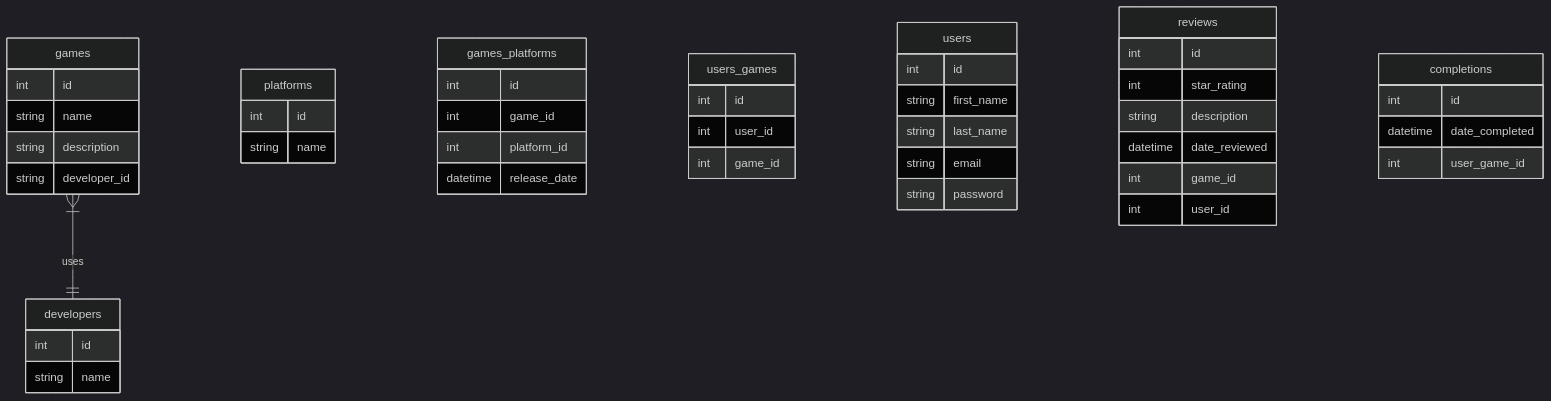
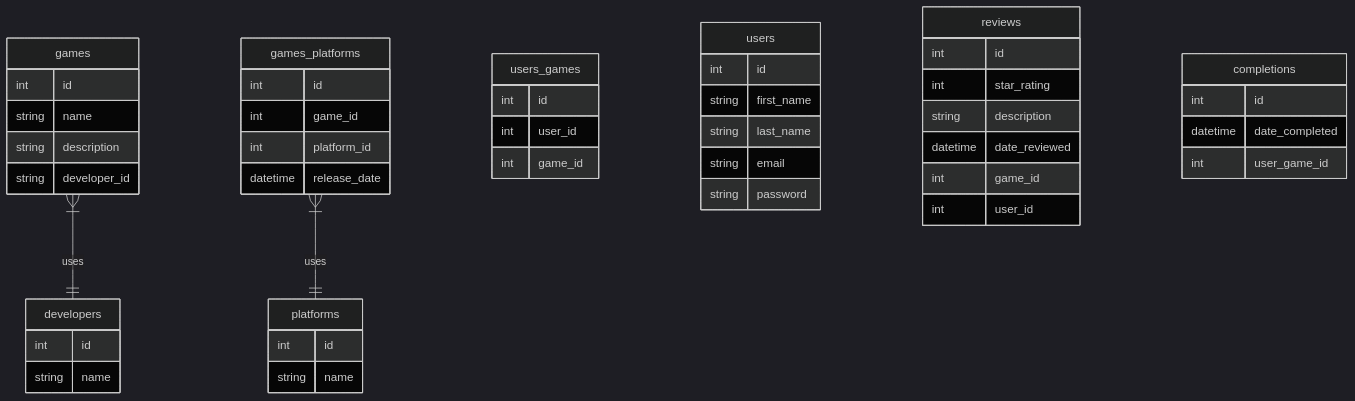
Before and after one commit to Haikira/VGLogger: the second of 2 diagrams in README.md, drawn with Mermaid.

````diff
--- a/README.md
+++ b/README.md
@@ -42,54 +42,55 @@
 ``` mermaid
 %%{init: {'theme': 'dark' } }%%
 
 erDiagram
 
         games {
                 int id
                 string name                
                 string description
                 string developer_id
         }
         platforms {
                 int id
                 string name                
         }
         games_platforms {
                 int id
                 int game_id
                 int platform_id
                 datetime release_date
         }
         users_games {
                 int id
                 int user_id
                 int game_id
         }
         users {
                 int id
                 string first_name
                 string last_name
                 string email
                 string password
         }
         developers {
                 int id
                 string name
         }
         reviews {
                 int id
                 int star_rating
                 string description
                 datetime date_reviewed
                 int game_id
                 int user_id
         }
         completions {
                 int id
                 datetime date_completed
                 int user_game_id
         }
         
         games }|--|| developers: "uses"
+        games_platforms }|--|| platforms: "uses"
 
 ```
````
